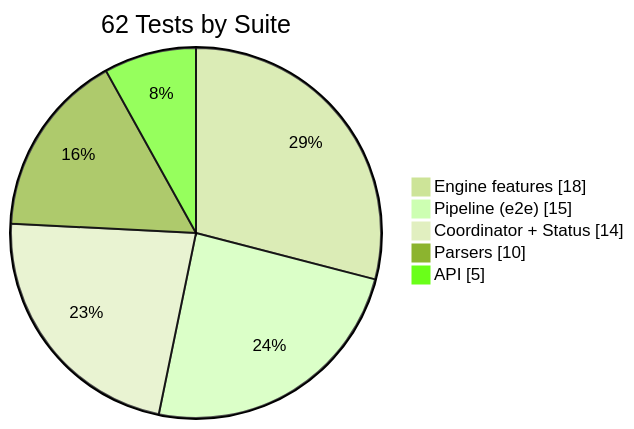
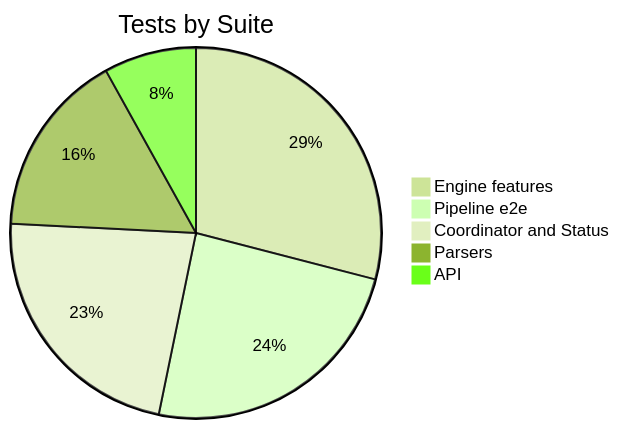
The sixth of 6 diagrams in WORKFLOW.md (Yugikratos/shift-left-test-engine), drawn with Mermaid (forest theme) before and after one commit.

Commit message:
new changes

````diff
--- a/WORKFLOW.md
+++ b/WORKFLOW.md
@@ -418,9 +418,8 @@
 ```mermaid
-pie showData
-    title 62 Tests by Suite
+pie title Tests by Suite
     "Engine features" : 18
-    "Pipeline (e2e)" : 15
-    "Coordinator + Status" : 14
+    "Pipeline e2e" : 15
+    "Coordinator and Status" : 14
     "Parsers" : 10
     "API" : 5
 ```
````
